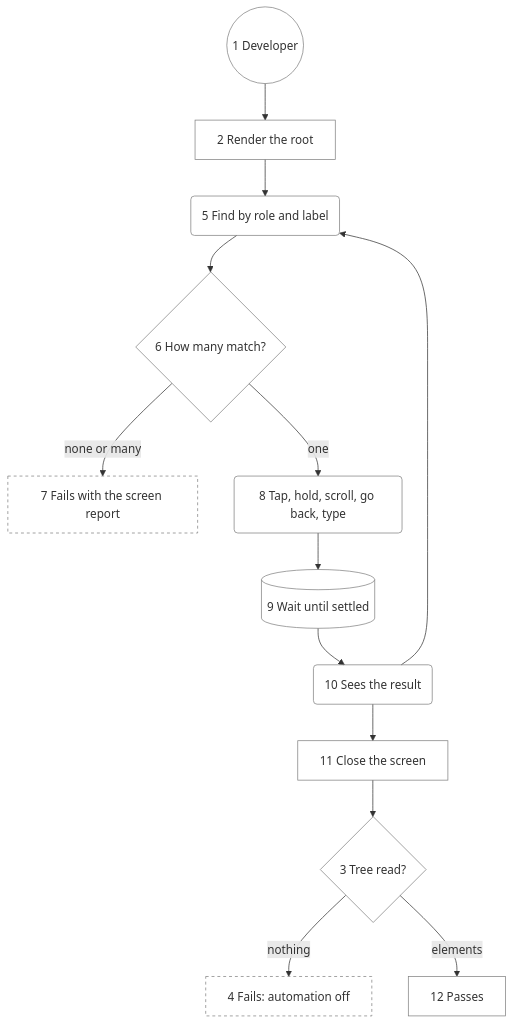
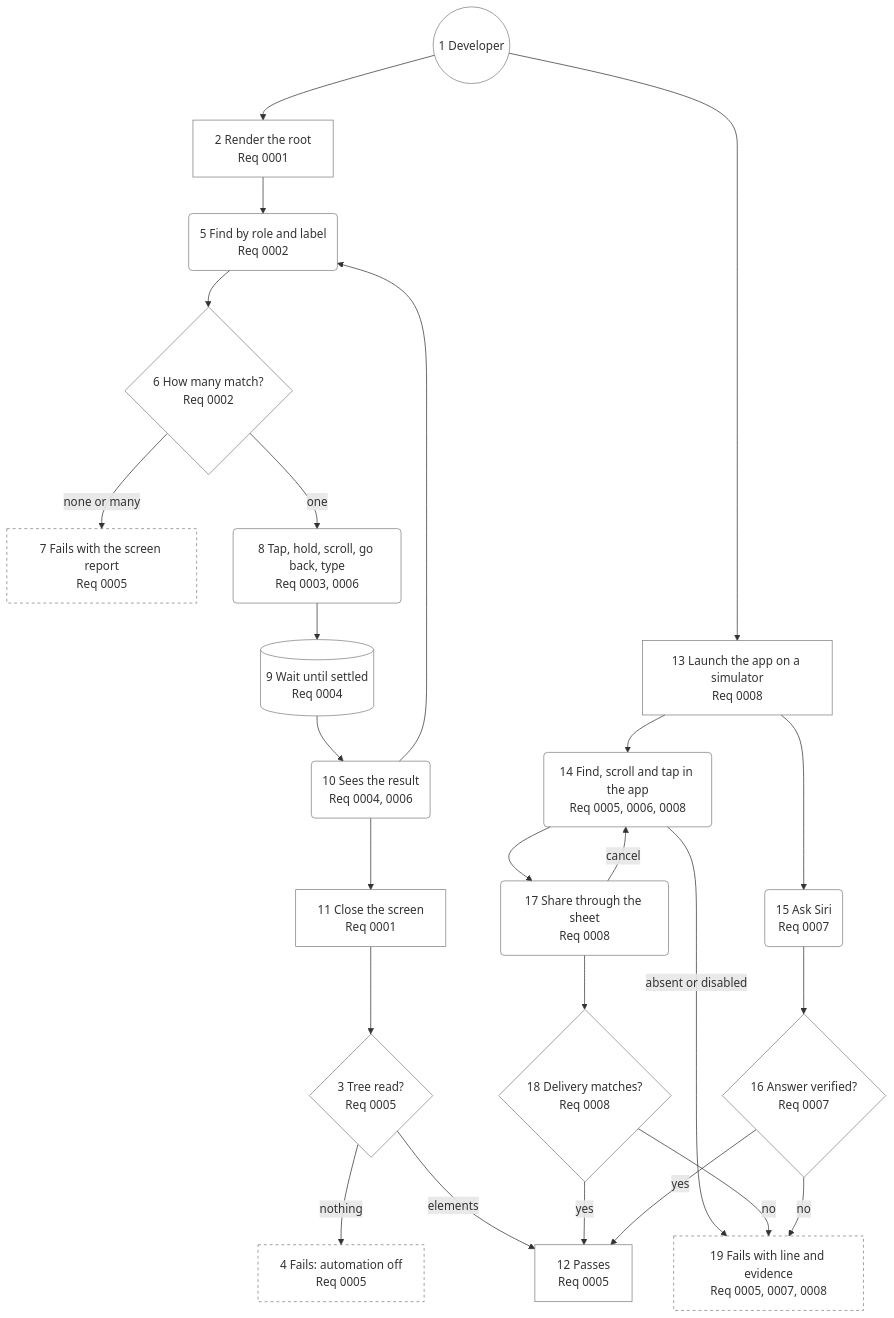
One commit to may-journal/apple-ui-testing-library changed the diagram in docs/architecture/05-user-journey.md. Above: the diagram before and after it, drawn with Mermaid. The commit also changed other lines of this file and 45 other files, not shown here.

First line of the commit message:
feat(system): drive system sharing, Siri and disabled controls (#60)

````diff
--- a/docs/architecture/05-user-journey.md
+++ b/docs/architecture/05-user-journey.md
@@ -11,35 +13,54 @@
 ```mermaid
 flowchart TB
     dev((1 Developer)):::persona
-    render[2 Render the root]:::step
-    canary{3 Tree read?}:::check
-    empty[4 Fails: automation off]:::blocked
-    find(5 Find by role and label):::action
-    match{6 How many match?}:::check
-    missing[7 Fails with the screen report]:::blocked
-    act(8 Tap, hold, scroll, go back, type):::action
-    settle[(9 Wait until settled)]:::system
-    sees(10 Sees the result):::action
-    close[11 Close the screen]:::step
-    passes[12 Passes]:::step
+    render[2 Render the root<br/>Req 0001]:::step
+    canary{3 Tree read?<br/>Req 0005}:::check
+    empty[4 Fails: automation off<br/>Req 0005]:::blocked
+    find(5 Find by role and label<br/>Req 0002):::action
+    match{6 How many match?<br/>Req 0002}:::check
+    missing[7 Fails with the screen report<br/>Req 0005]:::blocked
+    act(8 Tap, hold, scroll, go back, type<br/>Req 0003, 0006):::action
+    settle[(9 Wait until settled<br/>Req 0004)]:::system
+    sees(10 Sees the result<br/>Req 0004, 0006):::action
+    close[11 Close the screen<br/>Req 0001]:::step
+    passes[12 Passes<br/>Req 0005]:::step
+    launch[13 Launch the app on a simulator<br/>Req 0008]:::step
+    tap(14 Find, scroll and tap in the app<br/>Req 0005, 0006, 0008):::action
+    siri(15 Ask Siri<br/>Req 0007):::action
+    answer{16 Answer verified?<br/>Req 0007}:::check
+    share(17 Share through the sheet<br/>Req 0008):::action
+    delivery{18 Delivery matches?<br/>Req 0008}:::check
+    sysFails[19 Fails with line and evidence<br/>Req 0005, 0007, 0008]:::blocked
 
     dev --> render
     render --> find
     find --> match
     match -->|one| act
     match -->|none or many| missing
     act --> settle
     settle --> sees
     sees --> find
     sees --> close
     close --> canary
     canary -->|nothing| empty
     canary -->|elements| passes
+    dev --> launch
+    launch --> tap
+    launch --> siri
+    tap -->|absent or disabled| sysFails
+    tap --> share
+    share -->|cancel| tap
+    share --> delivery
+    delivery -->|yes| passes
+    delivery -->|no| sysFails
+    siri --> answer
+    answer -->|yes| passes
+    answer -->|no| sysFails
 
     classDef persona fill:none,stroke:gray
     classDef step fill:none,stroke:gray
     classDef action fill:none,stroke:gray
     classDef check fill:none,stroke:gray
     classDef system fill:none,stroke:gray
     classDef blocked fill:none,stroke:gray,stroke-dasharray:4
 ```
````
